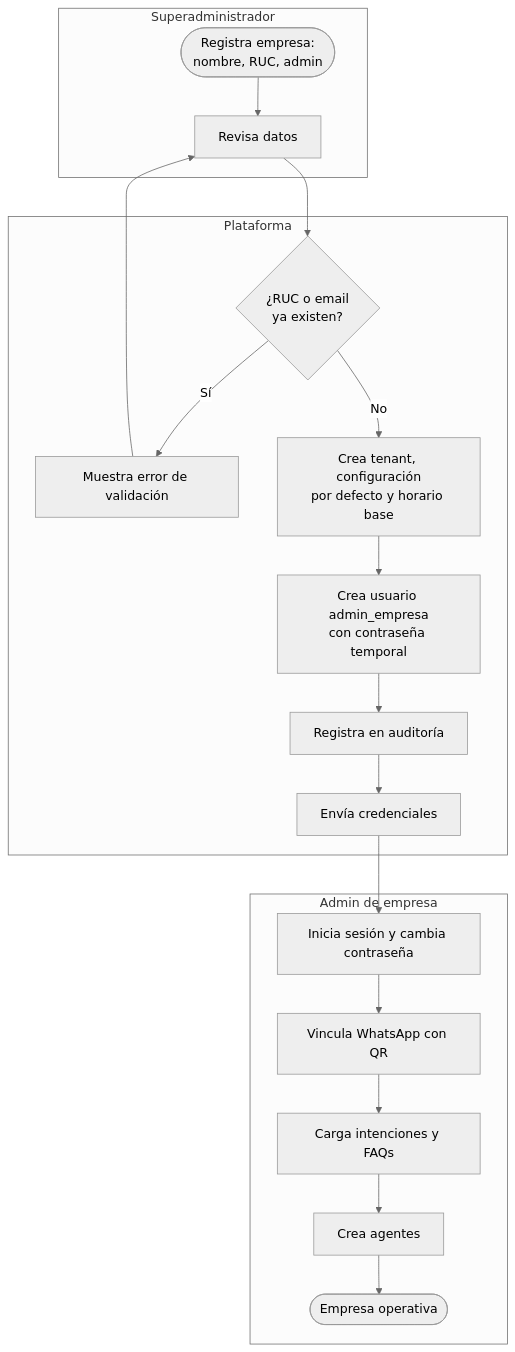
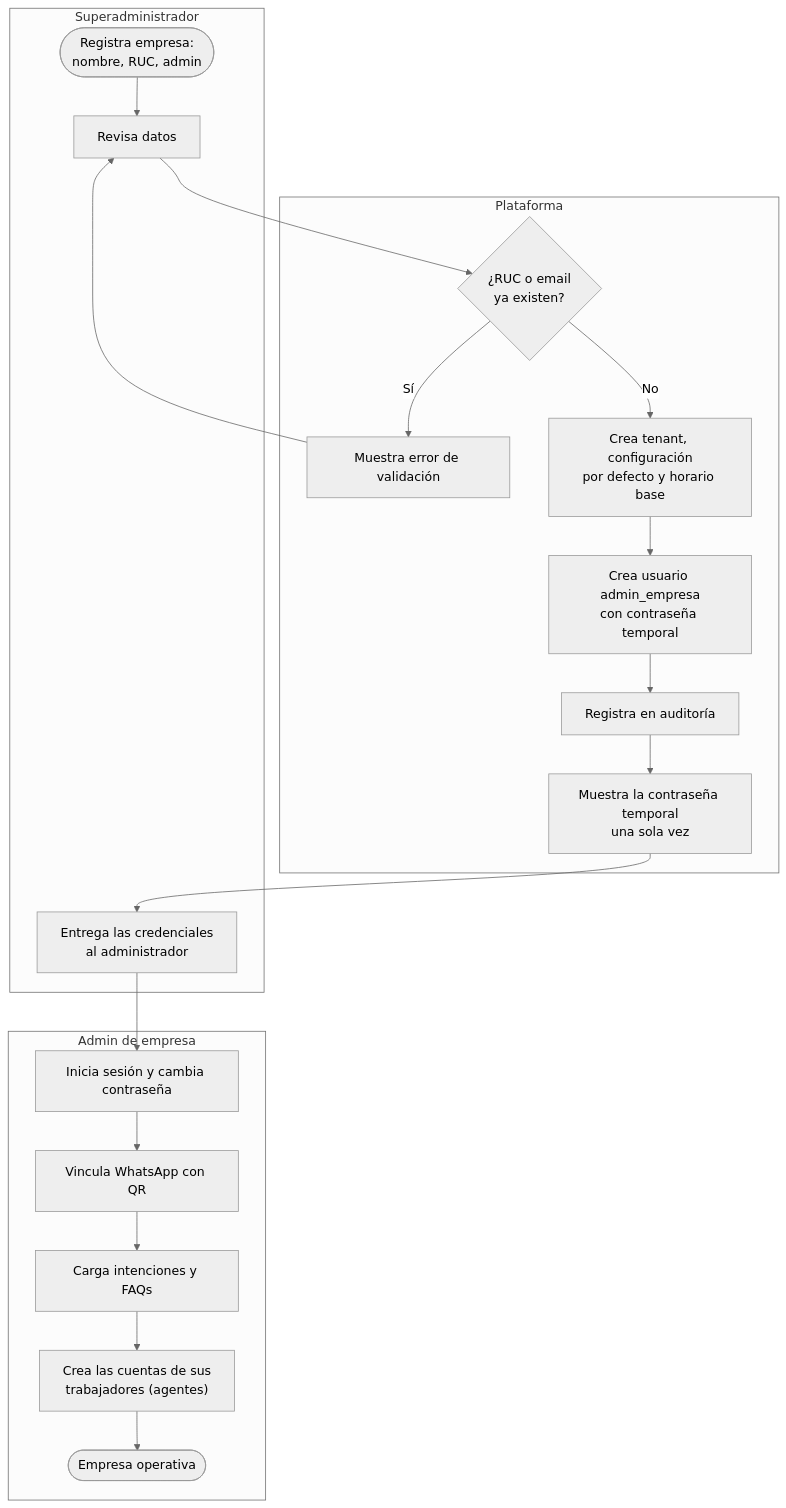
Before and after one commit to GerardoGM14/app-tesis-chatbot: the diagram in docs/03-procesos/negocio/alta-de-empresa.md, drawn with Mermaid (neutral theme). The commit also changed other lines of this file and 14 other files, not shown here.

````diff
--- a/docs/03-procesos/negocio/alta-de-empresa.md
+++ b/docs/03-procesos/negocio/alta-de-empresa.md
@@ -5,29 +5,30 @@
 ```mermaid
 flowchart TB
   subgraph SA["Superadministrador"]
     S1(["Registra empresa:<br/>nombre, RUC, admin"])
     S2["Revisa datos"]
+    S3["Entrega las credenciales<br/>al administrador"]
   end
 
   subgraph SIS["Plataforma"]
     P1{"¿RUC o email<br/>ya existen?"}
     P2["Muestra error de validación"]
     P3["Crea tenant, configuración<br/>por defecto y horario base"]
     P4["Crea usuario admin_empresa<br/>con contraseña temporal"]
     P5["Registra en auditoría"]
-    P6["Envía credenciales"]
+    P6["Muestra la contraseña temporal<br/>una sola vez"]
   end
 
   subgraph AD["Admin de empresa"]
     A1["Inicia sesión y cambia contraseña"]
     A2["Vincula WhatsApp con QR"]
     A3["Carga intenciones y FAQs"]
-    A4["Crea agentes"]
+    A4["Crea las cuentas de sus<br/>trabajadores (agentes)"]
     A5(["Empresa operativa"])
   end
 
   S1 --> S2 --> P1
   P1 -- "Sí" --> P2 --> S2
-  P1 -- "No" --> P3 --> P4 --> P5 --> P6 --> A1
+  P1 -- "No" --> P3 --> P4 --> P5 --> P6 --> S3 --> A1
   A1 --> A2 --> A3 --> A4 --> A5
 ```
````
